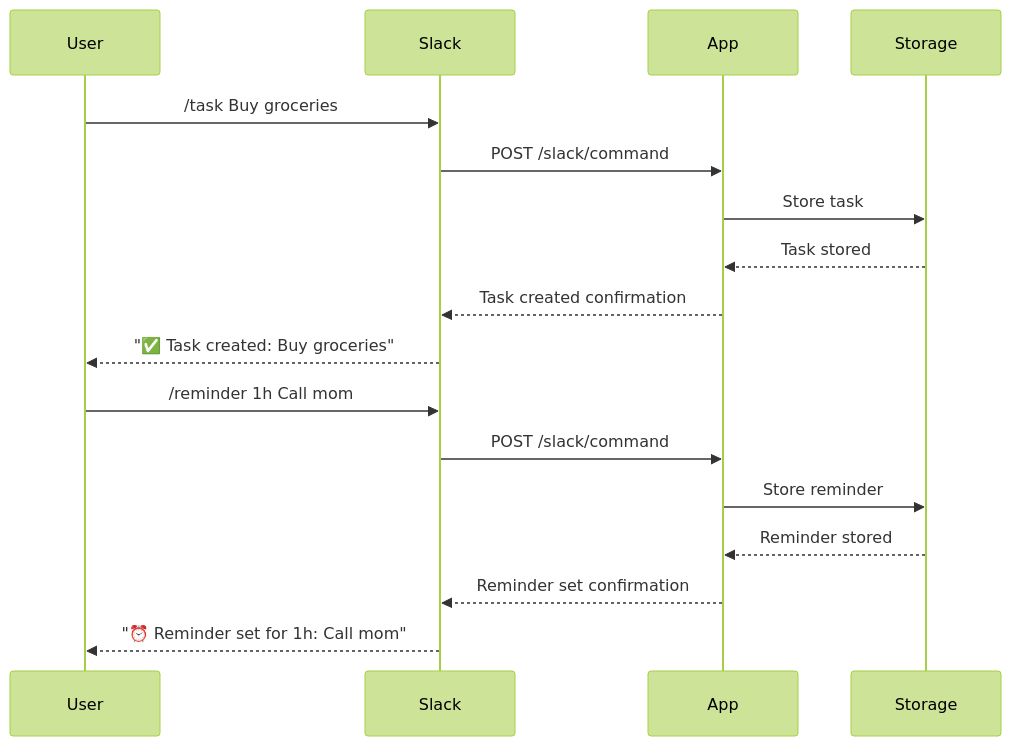
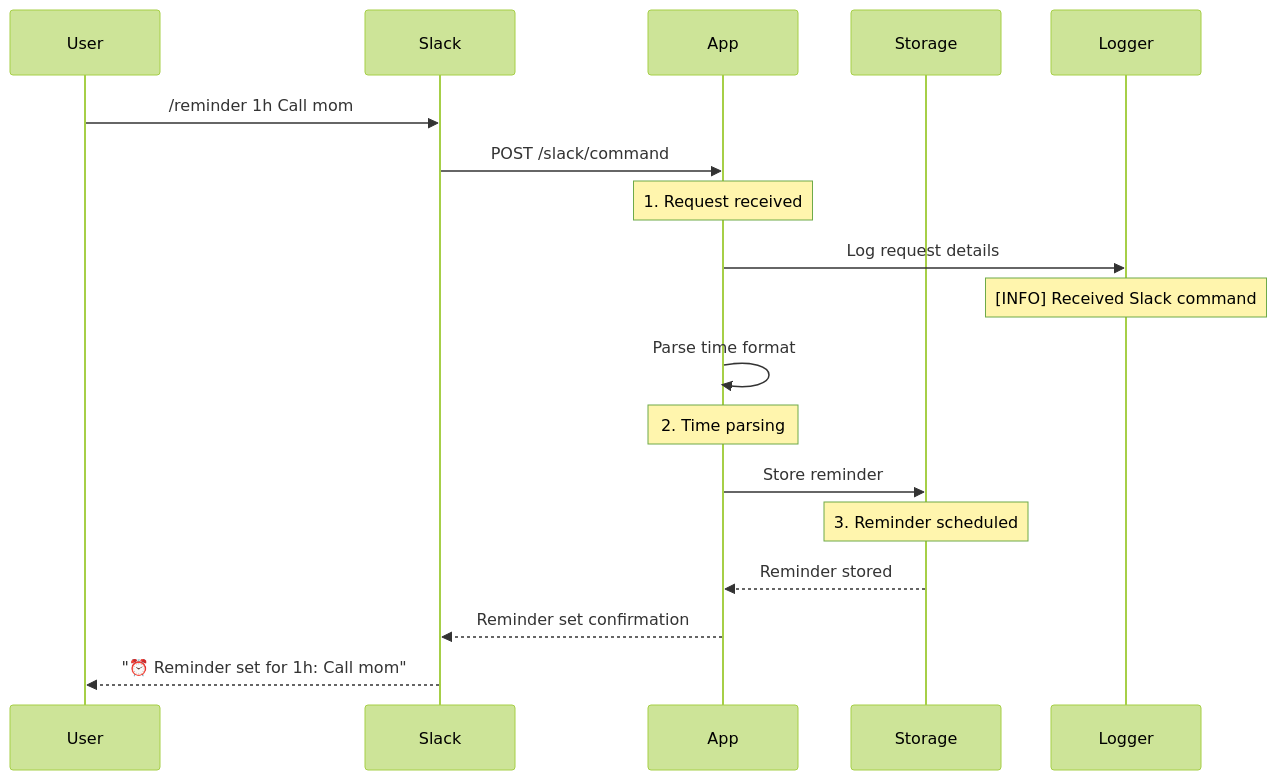
The second of 2 diagrams in README.md (swarna1101/slack-task-manager), drawn with Mermaid (forest theme) before and after one commit. The commit also changed other lines of this file, not shown here.

````diff
--- a/README.md
+++ b/README.md
@@ -101,21 +212,21 @@
 ```mermaid
 sequenceDiagram
     participant User
     participant Slack
     participant App
     participant Storage
-
-    User->>Slack: /task Buy groceries
-    Slack->>App: POST /slack/command
-    App->>Storage: Store task
-    Storage-->>App: Task stored
-    App-->>Slack: Task created confirmation
-    Slack-->>User: "✅ Task created: Buy groceries"
+    participant Logger
 
     User->>Slack: /reminder 1h Call mom
     Slack->>App: POST /slack/command
+    Note over App: 1. Request received
+    App->>Logger: Log request details
+    Note over Logger: [INFO] Received Slack command
+    App->>App: Parse time format
+    Note over App: 2. Time parsing
     App->>Storage: Store reminder
+    Note over Storage: 3. Reminder scheduled
     Storage-->>App: Reminder stored
     App-->>Slack: Reminder set confirmation
     Slack-->>User: "⏰ Reminder set for 1h: Call mom"
 ```
````
